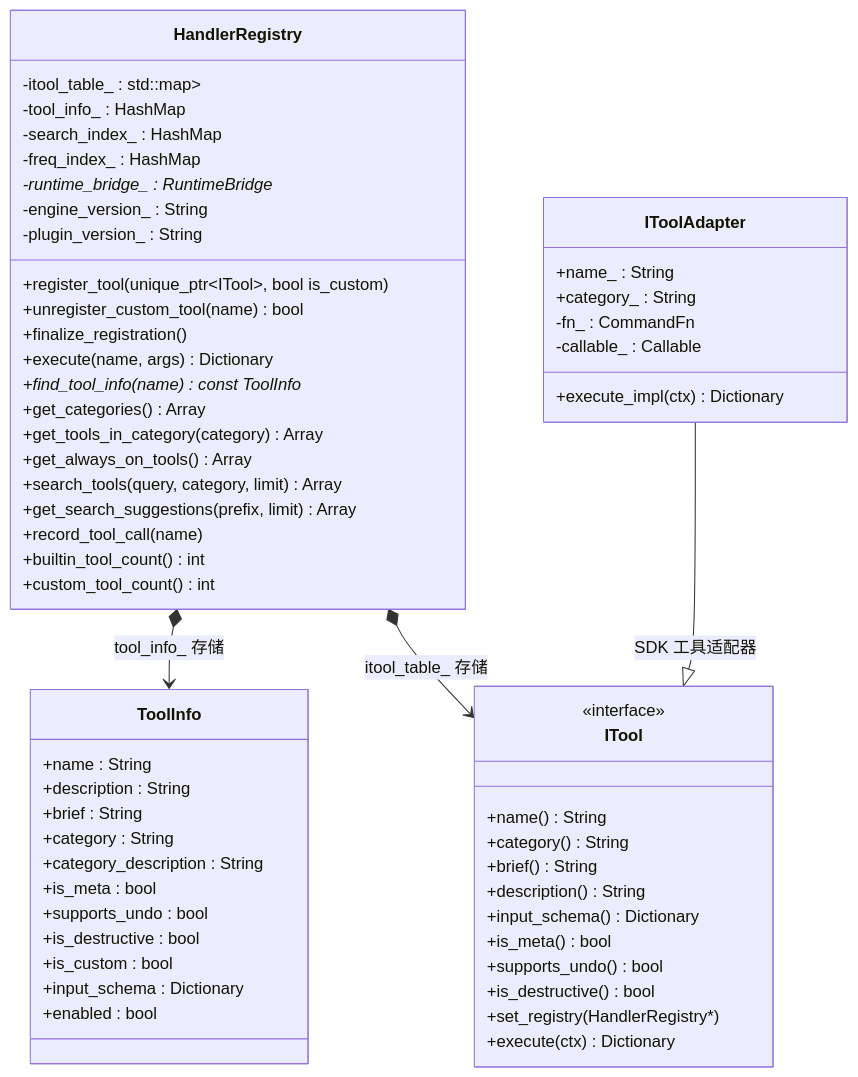
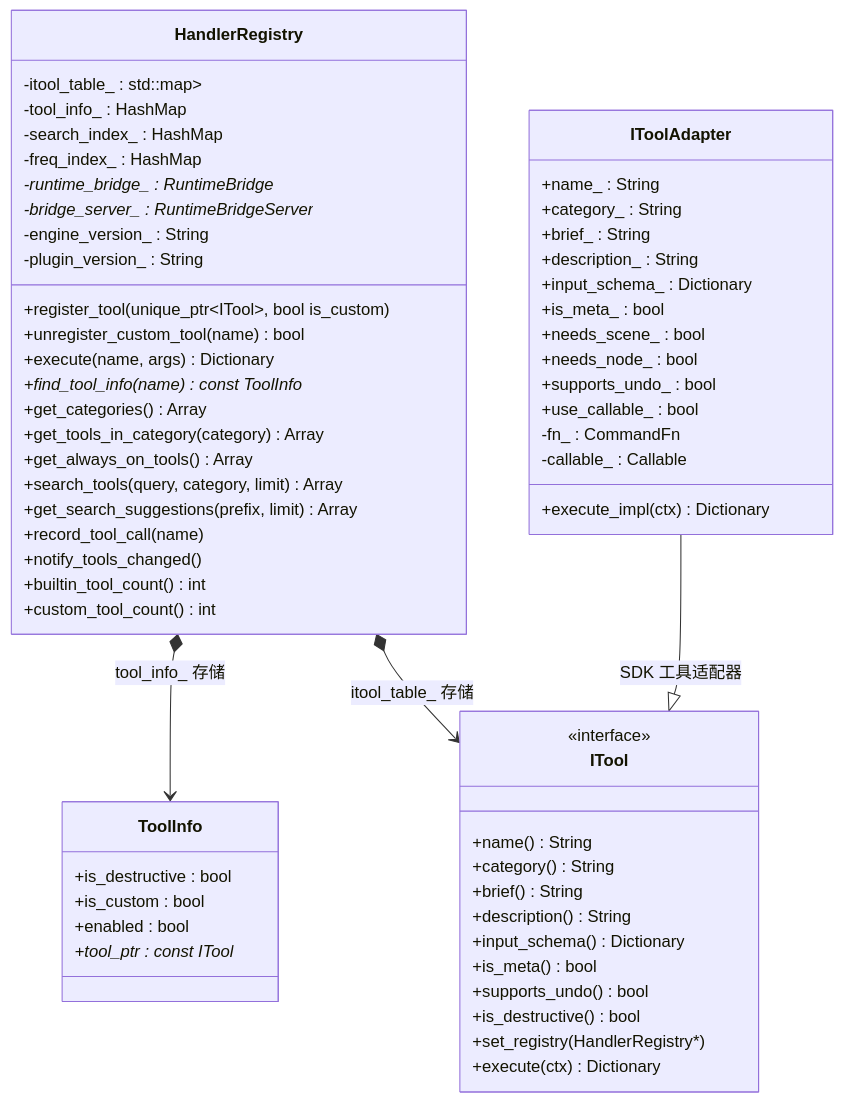
One commit to jesspig/GodotMCP-GDExtension changed the first of 5 diagrams in .repo_wiki/modules/handler-registry.md. Above: the diagram before and after it, drawn with Mermaid. The commit also changed other lines of this file and 41 other files, not shown here.

````diff
--- a/.repo_wiki/modules/handler-registry.md
+++ b/.repo_wiki/modules/handler-registry.md
@@ -9,65 +9,67 @@
 ```mermaid
 classDiagram
     class HandlerRegistry {
         -itool_table_ : std::map<String, unique_ptr<ITool>>
         -tool_info_ : HashMap<String, ToolInfo>
-        -search_index_ : HashMap<String, Array>
+        -search_index_ : HashMap<String, SearchIndexEntry>
         -freq_index_ : HashMap<String, int>
         -runtime_bridge_ : RuntimeBridge*
+        -bridge_server_ : RuntimeBridgeServer*
         -engine_version_ : String
         -plugin_version_ : String
         +register_tool(unique_ptr~ITool~, bool is_custom)
         +unregister_custom_tool(name) bool
-        +finalize_registration()
         +execute(name, args) Dictionary
         +find_tool_info(name) const ToolInfo*
         +get_categories() Array
         +get_tools_in_category(category) Array
         +get_always_on_tools() Array
         +search_tools(query, category, limit) Array
         +get_search_suggestions(prefix, limit) Array
         +record_tool_call(name)
+        +notify_tools_changed()
         +builtin_tool_count() int
         +custom_tool_count() int
     }
 
     class ToolInfo {
-        +name : String
-        +description : String
-        +brief : String
-        +category : String
-        +category_description : String
-        +is_meta : bool
-        +supports_undo : bool
         +is_destructive : bool
         +is_custom : bool
-        +input_schema : Dictionary
         +enabled : bool
+        +tool_ptr : const ITool*
     }
 
     class ITool {
         <<interface>>
         +name() String
         +category() String
         +brief() String
         +description() String
         +input_schema() Dictionary
         +is_meta() bool
         +supports_undo() bool
         +is_destructive() bool
         +set_registry(HandlerRegistry*)
         +execute(ctx) Dictionary
     }
 
     class IToolAdapter {
         +name_ : String
         +category_ : String
+        +brief_ : String
+        +description_ : String
+        +input_schema_ : Dictionary
+        +is_meta_ : bool
+        +needs_scene_ : bool
+        +needs_node_ : bool
+        +supports_undo_ : bool
+        +use_callable_ : bool
         -fn_ : CommandFn
         -callable_ : Callable
         +execute_impl(ctx) Dictionary
     }
 
     HandlerRegistry *--> ToolInfo : tool_info_ 存储
     HandlerRegistry *--> ITool : itool_table_ 存储
     IToolAdapter --|> ITool : SDK 工具适配器
 ```
````
